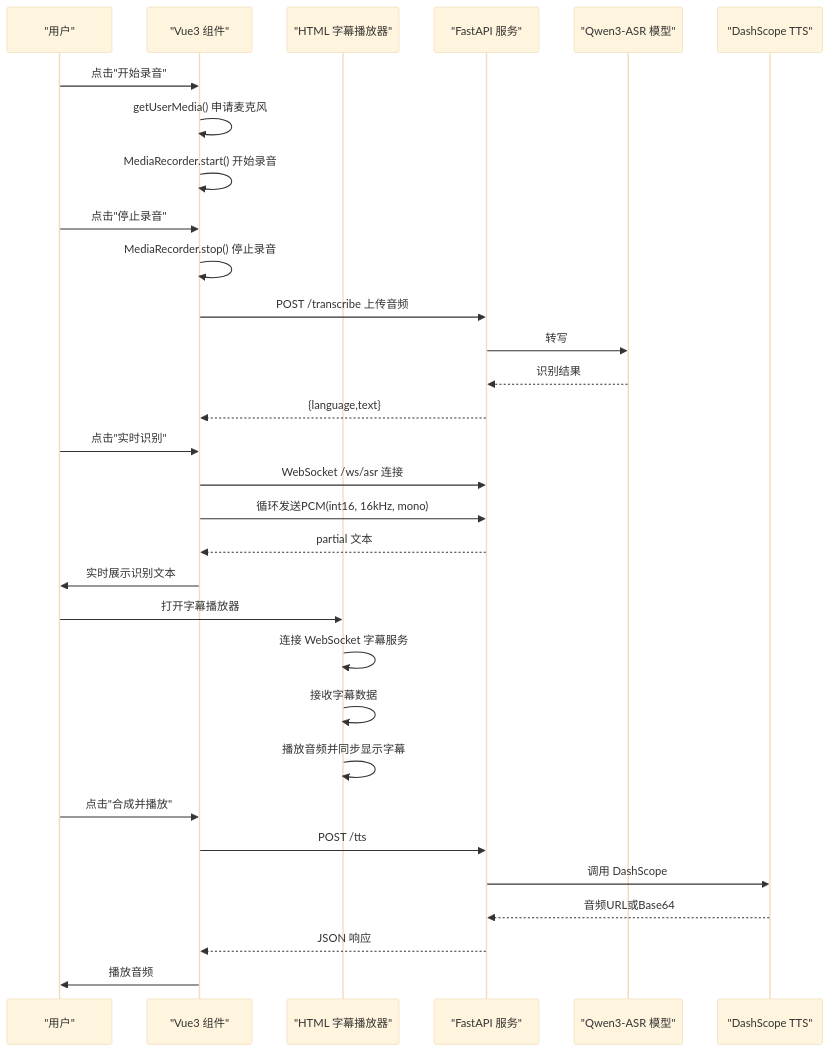
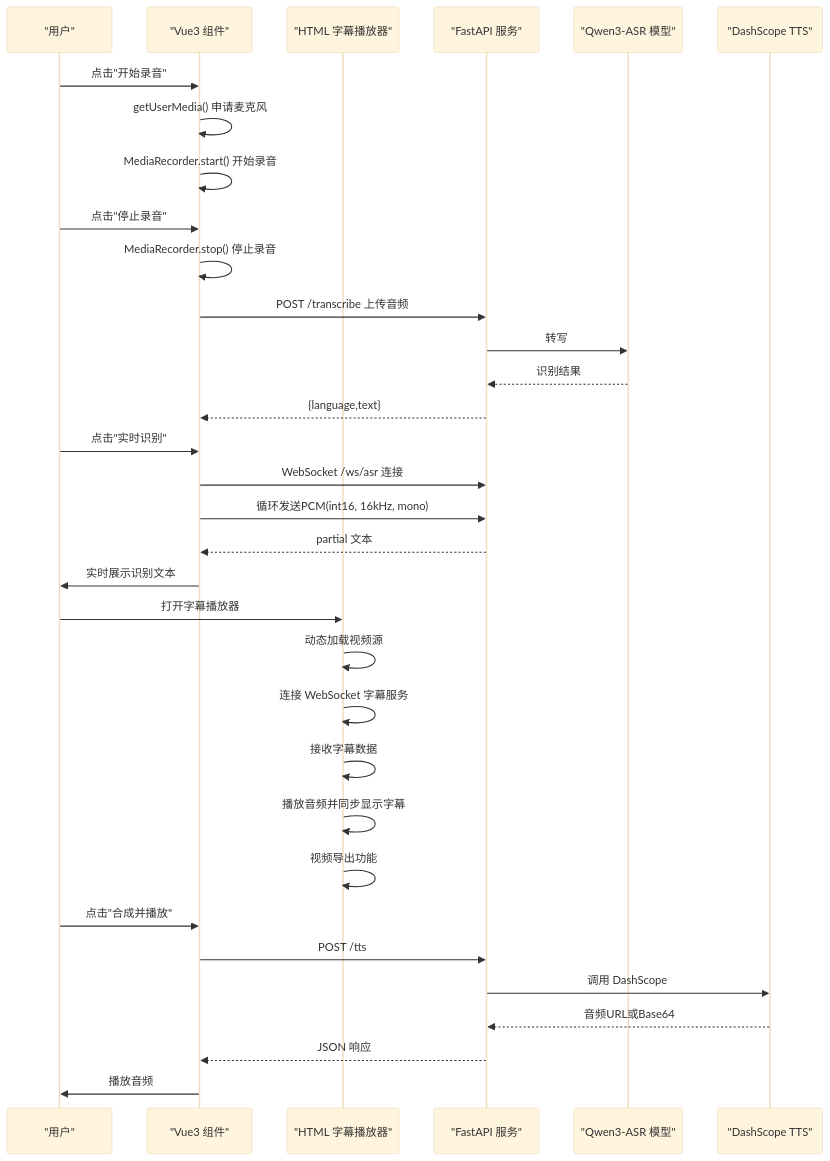
Before and after one commit to 1024dashen/Vue3Speech: the second of 8 diagrams in .qoder/repowiki/zh/content/前端组件集成/前端组件集成.md, drawn with Mermaid (base theme). The commit also changed other lines of this file and 13 other files, not shown here.

````diff
--- a/.qoder/repowiki/zh/content/前端组件集成/前端组件集成.md
+++ b/.qoder/repowiki/zh/content/前端组件集成/前端组件集成.md
@@ -102,33 +103,35 @@
 ```mermaid
 sequenceDiagram
 participant U as "用户"
 participant C as "Vue3 组件"
 participant P as "HTML 字幕播放器"
 participant S as "FastAPI 服务"
 participant ASR as "Qwen3-ASR 模型"
 participant TTS as "DashScope TTS"
 U->>C : 点击"开始录音"
 C->>C : getUserMedia() 申请麦克风
 C->>C : MediaRecorder.start() 开始录音
 U->>C : 点击"停止录音"
 C->>C : MediaRecorder.stop() 停止录音
 C->>S : POST /transcribe 上传音频
 S->>ASR : 转写
 ASR-->>S : 识别结果
 S-->>C : {language,text}
 U->>C : 点击"实时识别"
 C->>S : WebSocket /ws/asr 连接
 C->>S : 循环发送PCM(int16, 16kHz, mono)
 S-->>C : partial 文本
 C->>U : 实时展示识别文本
 U->>P : 打开字幕播放器
+P->>P : 动态加载视频源
 P->>P : 连接 WebSocket 字幕服务
 P->>P : 接收字幕数据
 P->>P : 播放音频并同步显示字幕
+P->>P : 视频导出功能
 U->>C : 点击"合成并播放"
 C->>S : POST /tts
 S->>TTS : 调用 DashScope
 TTS-->>S : 音频URL或Base64
 S-->>C : JSON 响应
 C->>U : 播放音频
 ```
````
